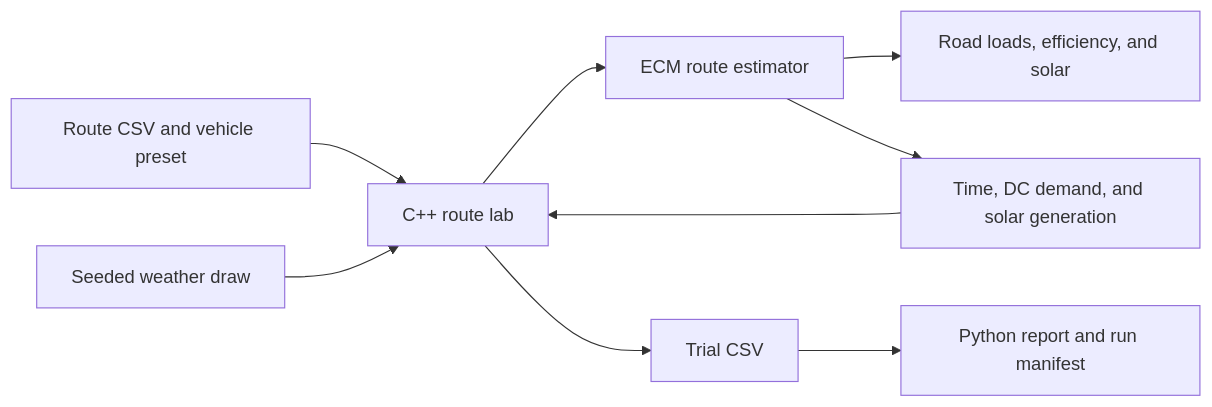
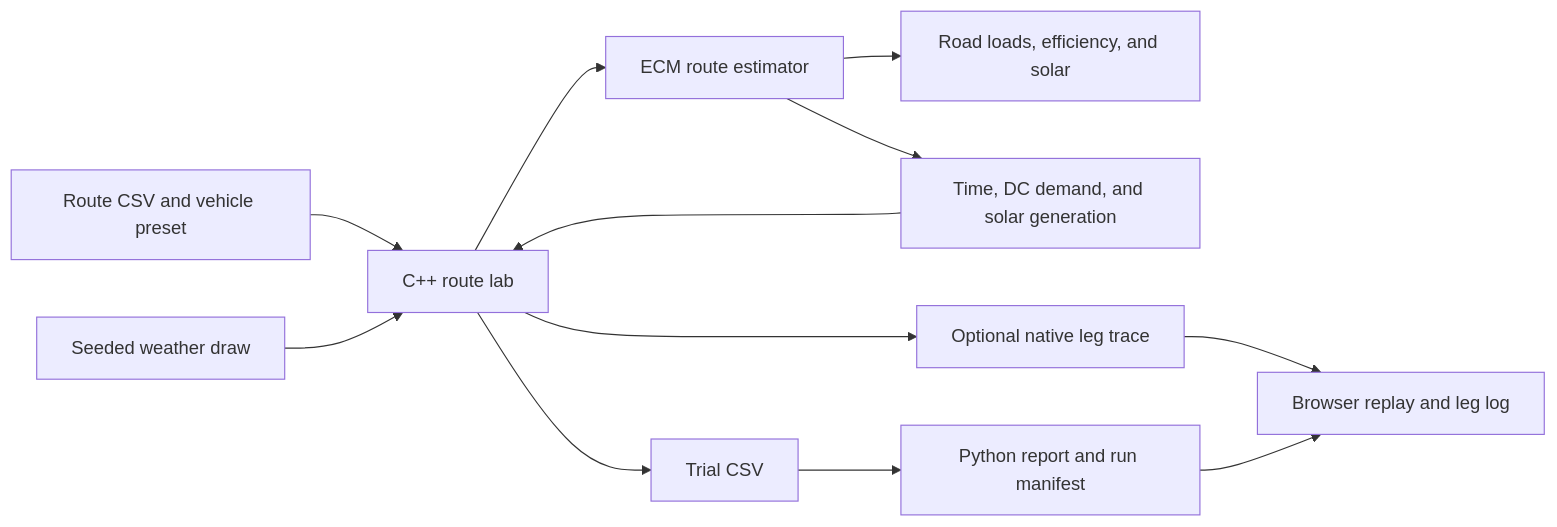
One commit to YashIsACoder/ecm changed the diagram in docs/architecture.md. Above: the diagram before and after it, drawn with Mermaid. The commit also changed other lines of this file and 10 other files, not shown here.

Commit message:
Add an interactive race lab and a static native replay

````diff
--- a/docs/architecture.md
+++ b/docs/architecture.md
@@ -7,11 +7,14 @@
 ```mermaid
 flowchart LR
     Input["Route CSV and vehicle preset"] --> Lab["C++ route lab"]
     Weather["Seeded weather draw"] --> Lab
     Lab --> Model["ECM route estimator"]
     Model --> Core["Road loads, efficiency, and solar"]
     Model --> Energy["Time, DC demand, and solar generation"]
     Energy --> Lab
     Lab --> CSV["Trial CSV"]
     CSV --> Analysis["Python report and run manifest"]
+    Lab --> Trace["Optional native leg trace"]
+    Trace --> Browser["Browser replay and leg log"]
+    Analysis --> Browser
 ```
````
